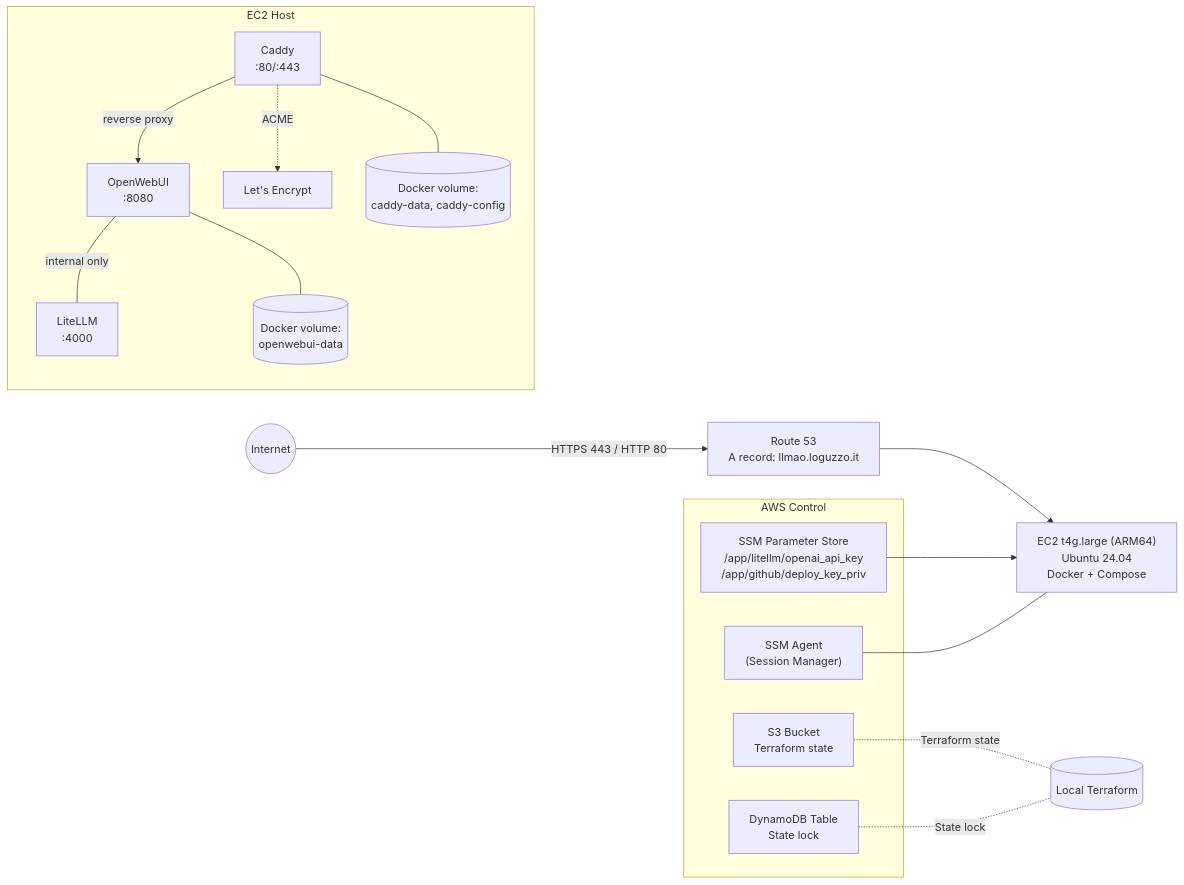
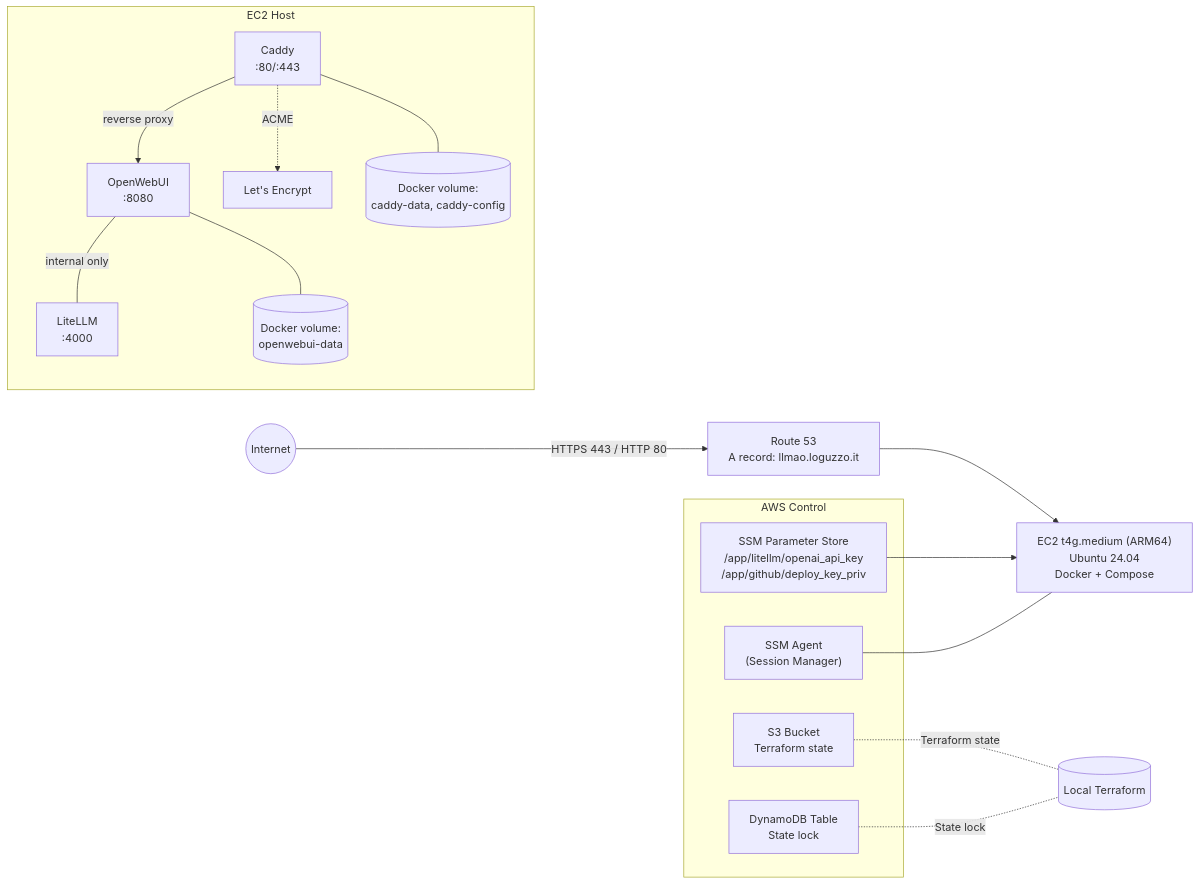
Before and after one commit to aloguzzo/llmao-aws: the diagram in README.md, drawn with Mermaid. The commit also changed other lines of this file and 8 other files, not shown here.

````diff
--- a/README.md
+++ b/README.md
@@ -16,27 +16,27 @@
 ```mermaid
 flowchart LR
   Internet((Internet)) -->|HTTPS 443 / HTTP 80| R53["Route 53<br/>A record: llmao.loguzzo.it"]
-  R53 --> EC2["EC2 t4g.large (ARM64)<br/>Ubuntu 24.04<br/>Docker + Compose"]
+  R53 --> EC2["EC2 t4g.medium (ARM64)<br/>Ubuntu 24.04<br/>Docker + Compose"]
 
   subgraph "EC2 Host"
     Caddy["Caddy<br/>:80/:443"] -->|reverse proxy| OWUI["OpenWebUI<br/>:8080"]
     OWUI ---|internal only| LLM["LiteLLM<br/>:4000"]
     Caddy -.->|ACME| LE["Let's Encrypt"]
     Vol1[("Docker volume:<br/>openwebui-data")]
     Vol2[("Docker volume:<br/>caddy-data, caddy-config")]
     OWUI --- Vol1
     Caddy --- Vol2
   end
 
   subgraph "AWS Control"
     SSM["SSM Parameter Store<br/>/app/litellm/openai_api_key<br/>/app/github/deploy_key_priv"]
     SSM_Agent["SSM Agent<br/>(Session Manager)"]
     S3["S3 Bucket<br/>Terraform state"]
     DDB["DynamoDB Table<br/>State lock"]
   end
 
   SSM --> EC2
   SSM_Agent --- EC2
   S3 -. Terraform state .- Dev[("Local Terraform")]
   DDB -. State lock .- Dev
 ```
````
